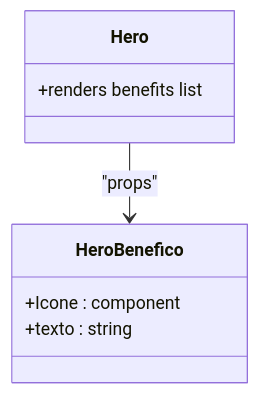
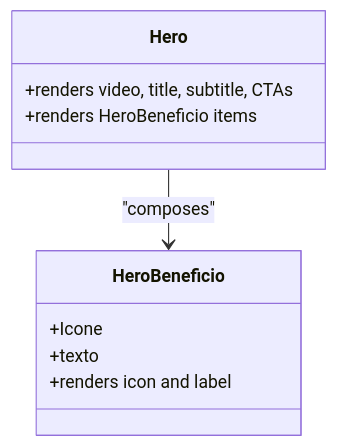
One commit to isadorabassoasseiro-boop/OptiCode changed the fifth of 12 diagrams in .qoder/repowiki/en/content/Component Architecture/Component Architecture.md. Above: the diagram before and after it, drawn with Mermaid. The commit also changed other lines of this file and 35 other files, not shown here.

````diff
--- a/.qoder/repowiki/en/content/Component Architecture/Component Architecture.md
+++ b/.qoder/repowiki/en/content/Component Architecture/Component Architecture.md
@@ -206,11 +217,13 @@
 ```mermaid
 classDiagram
 class Hero {
-+renders benefits list
++renders video, title, subtitle, CTAs
++renders HeroBeneficio items
 }
-class HeroBenefico {
-+Icone : component
-+texto : string
+class HeroBeneficio {
++Icone
++texto
++renders icon and label
 }
-Hero --> HeroBenefico : "props"
+Hero --> HeroBeneficio : "composes"
 ```
````
